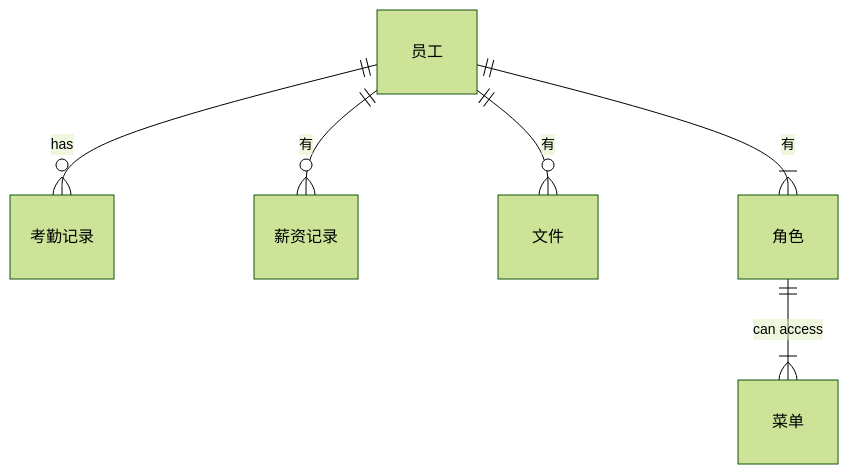
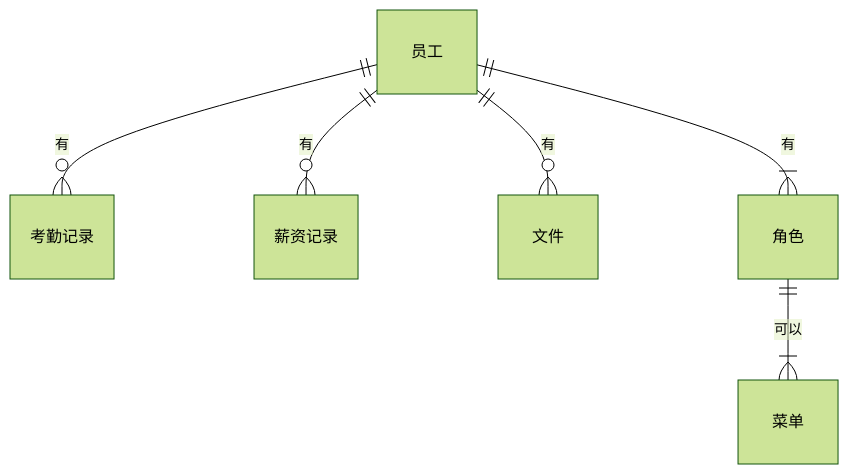
One commit to 1235648solitary/iodraw-files changed the diagram in all/未命名-1.md. Above: the diagram before and after it, drawn with Mermaid (forest theme).

Commit message:
2025-04-22 23:29:54 update

````diff
--- a/all/未命名-1.md
+++ b/all/未命名-1.md
@@ -1,9 +1,9 @@
 ```mermaid
 erDiagram
-              "员工" ||--o{ "考勤记录" : "has"
+              "员工" ||--o{ "考勤记录" : "有"
     "员工" ||--o{ "薪资记录" : "有"
     "员工"||--o{ "文件" : "有"
     "员工" ||--|{ "角色" : "有"
-    "角色" ||--|{ "菜单" : "can access" 
+    "角色" ||--|{ "菜单" : "可以 " 
             
 ```
````
